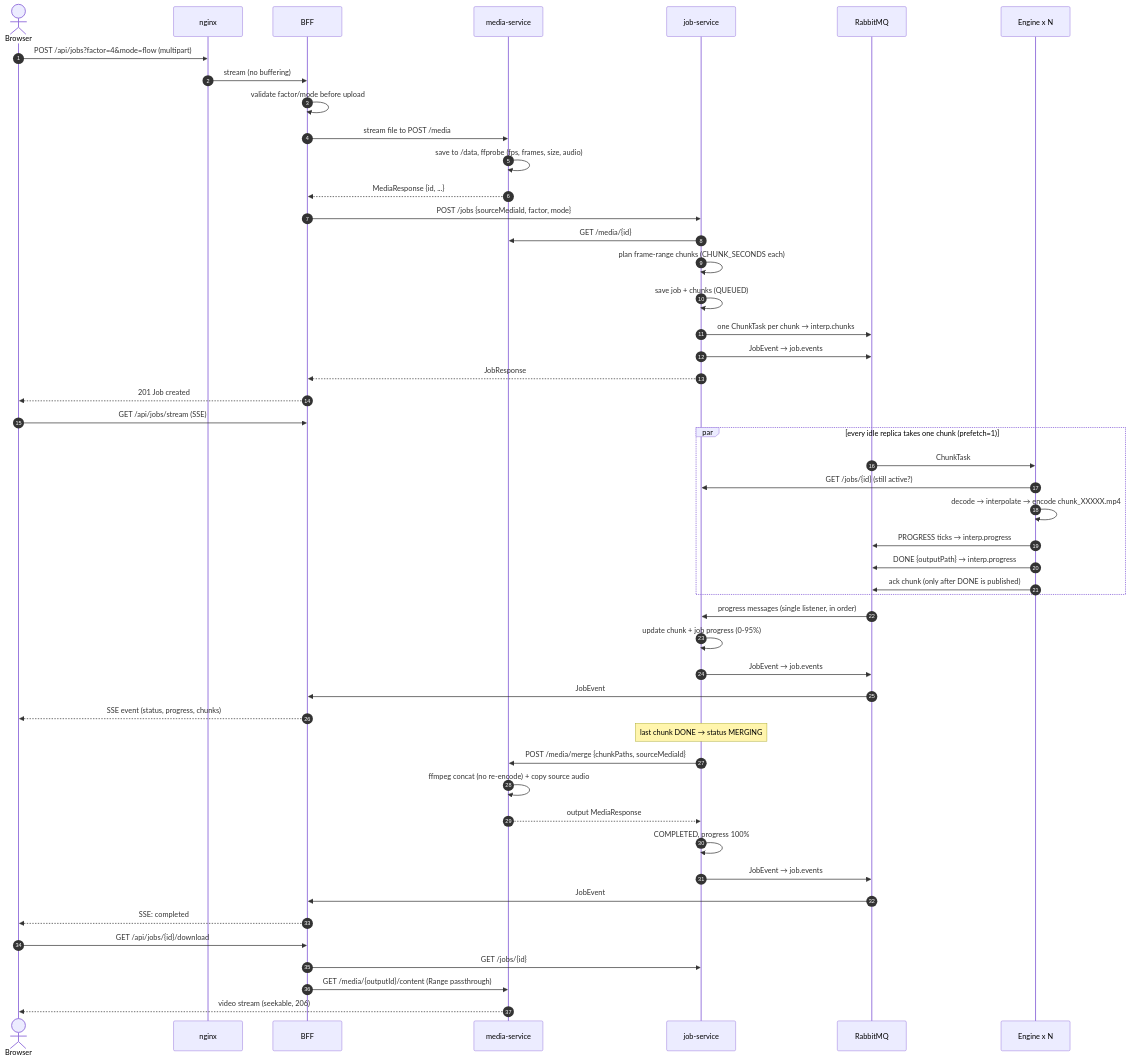
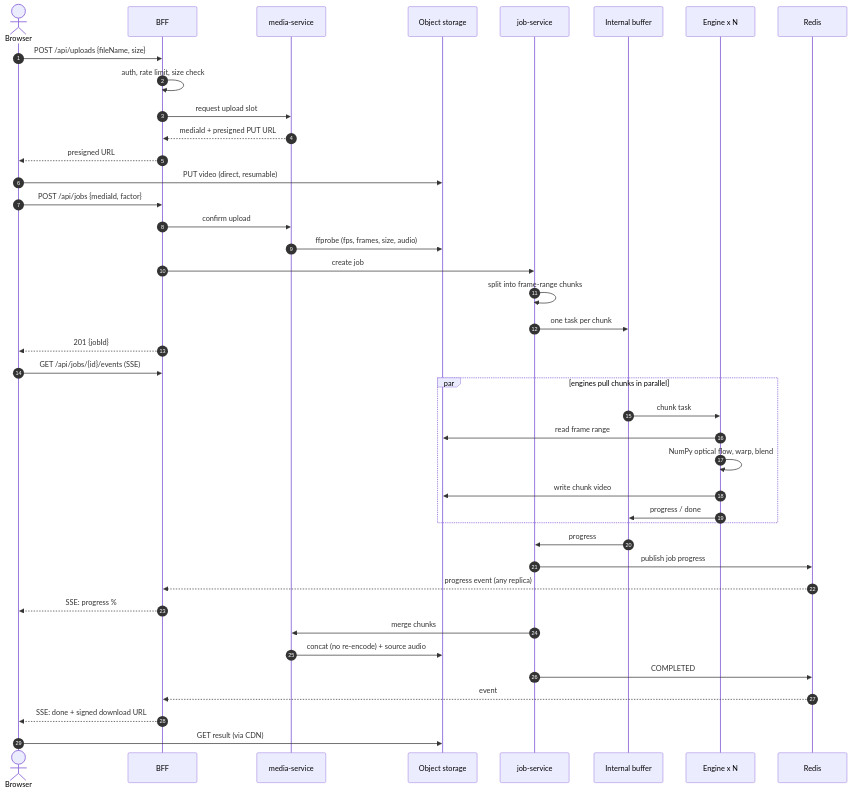
The second of 4 diagrams in README.md (JianoFreo/InfiniteFlow_AI), drawn with Mermaid before and after one commit. The commit also changed other lines of this file and 14 other files, not shown here.

````diff
--- a/README.md
+++ b/README.md
@@ -81,57 +98,48 @@
 ```mermaid
 sequenceDiagram
     autonumber
     actor U as Browser
-    participant N as nginx
     participant B as BFF
     participant M as media-service
+    participant S as Object storage
     participant J as job-service
-    participant Q as RabbitMQ
+    participant Q as Internal buffer
     participant E as Engine x N
+    participant R as Redis
 
-    U->>N: POST /api/jobs?factor=4&mode=flow (multipart)
-    N->>B: stream (no buffering)
-    B->>B: validate factor/mode before upload
-    B->>M: stream file to POST /media
-    M->>M: save to /data, ffprobe (fps, frames, size, audio)
-    M-->>B: MediaResponse {id, ...}
-    B->>J: POST /jobs {sourceMediaId, factor, mode}
-    J->>M: GET /media/{id}
-    J->>J: plan frame-range chunks (CHUNK_SECONDS each)
-    J->>J: save job + chunks (QUEUED)
-    J->>Q: one ChunkTask per chunk → interp.chunks
-    J->>Q: JobEvent → job.events
-    J-->>B: JobResponse
-    B-->>U: 201 Job created
+    U->>B: POST /api/uploads {fileName, size}
+    B->>B: auth, rate limit, size check
+    B->>M: request upload slot
+    M-->>B: mediaId + presigned PUT URL
+    B-->>U: presigned URL
+    U->>S: PUT video (direct, resumable)
+    U->>B: POST /api/jobs {mediaId, factor}
+    B->>M: confirm upload
+    M->>S: ffprobe (fps, frames, size, audio)
+    B->>J: create job
+    J->>J: split into frame-range chunks
+    J->>Q: one task per chunk
+    B-->>U: 201 {jobId}
 
-    U->>B: GET /api/jobs/stream (SSE)
+    U->>B: GET /api/jobs/{id}/events (SSE)
 
-    par every idle replica takes one chunk (prefetch=1)
-        Q->>E: ChunkTask
-        E->>J: GET /jobs/{id} (still active?)
-        E->>E: decode → interpolate → encode chunk_XXXXX.mp4
-        E->>Q: PROGRESS ticks → interp.progress
-        E->>Q: DONE {outputPath} → interp.progress
-        E->>Q: ack chunk (only after DONE is published)
+    par engines pull chunks in parallel
+        Q->>E: chunk task
+        E->>S: read frame range
+        E->>E: NumPy optical flow, warp, blend
+        E->>S: write chunk video
+        E->>Q: progress / done
     end
 
-    Q->>J: progress messages (single listener, in order)
-    J->>J: update chunk + job progress (0-95%)
-    J->>Q: JobEvent → job.events
-    Q->>B: JobEvent
-    B-->>U: SSE event (status, progress, chunks)
+    Q->>J: progress
+    J->>R: publish job progress
+    R-->>B: progress event (any replica)
+    B-->>U: SSE: progress %
 
-    Note over J: last chunk DONE → status MERGING
-    J->>M: POST /media/merge {chunkPaths, sourceMediaId}
-    M->>M: ffmpeg concat (no re-encode) + copy source audio
-    M-->>J: output MediaResponse
-    J->>J: COMPLETED, progress 100%
-    J->>Q: JobEvent → job.events
-    Q->>B: JobEvent
-    B-->>U: SSE: completed
-
-    U->>B: GET /api/jobs/{id}/download
-    B->>J: GET /jobs/{id}
-    B->>M: GET /media/{outputId}/content (Range passthrough)
-    M-->>U: video stream (seekable, 206)
+    J->>M: merge chunks
+    M->>S: concat (no re-encode) + source audio
+    J->>R: COMPLETED
+    R-->>B: event
+    B-->>U: SSE: done + signed download URL
+    U->>S: GET result (via CDN)
 ```
````
